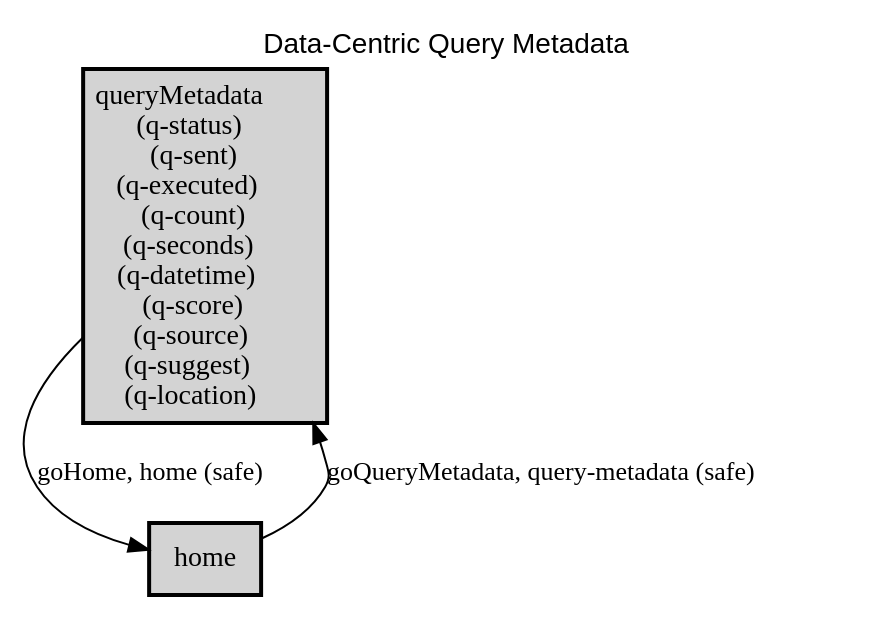
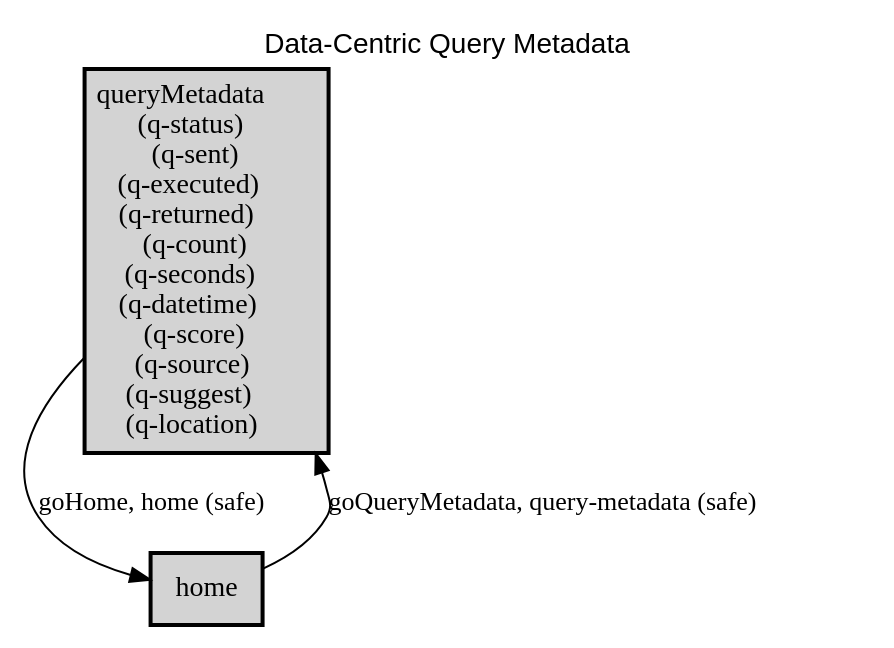
One commit to webapicookbook/alps-documents changed the diagram in docs/query-metadata/query-metadata.dot. Above: the diagram before and after it, drawn with Graphviz. The commit also changed 6 other files, not shown here.

```diff
--- a/docs/query-metadata/query-metadata.dot
+++ b/docs/query-metadata/query-metadata.dot
@@ -1,17 +1,17 @@
 digraph application_state_diagram {
   graph [
     labelloc="t";
     fontname="Helvetica"
     label="Data-Centric Query Metadata";
     URL="index.html" target="_parent"
   ];
   node [shape = box, style = "bold,filled" fillcolor="lightgray"];
 
-    queryMetadata [margin=0.02, label=<<table cellspacing="0" cellpadding="5" border="0"><tr><td>queryMetadata<br />(q-status)<br />(q-sent)<br />(q-executed)<br />(q-count)<br />(q-seconds)<br />(q-datetime)<br />(q-score)<br />(q-source)<br />(q-suggest)<br />(q-location)<br /></td></tr></table>>,shape=box URL="docs/semantic.queryMetadata.html" target="_parent"]
+    queryMetadata [margin=0.02, label=<<table cellspacing="0" cellpadding="5" border="0"><tr><td>queryMetadata<br />(q-status)<br />(q-sent)<br />(q-executed)<br />(q-returned)<br />(q-count)<br />(q-seconds)<br />(q-datetime)<br />(q-score)<br />(q-source)<br />(q-suggest)<br />(q-location)<br /></td></tr></table>>,shape=box URL="docs/semantic.queryMetadata.html" target="_parent"]
 
     home -> queryMetadata [label = <goQueryMetadata, query-metadata (safe)> URL="docs/safe.goQueryMetadata.html" target="_parent" fontsize=13];
     queryMetadata -> home [label = <goHome, home (safe)> URL="docs/safe.goHome.html" target="_parent" fontsize=13];
 
     home [label = <home> URL="docs/semantic.home.html" target="_parent"]
 
 }
```
